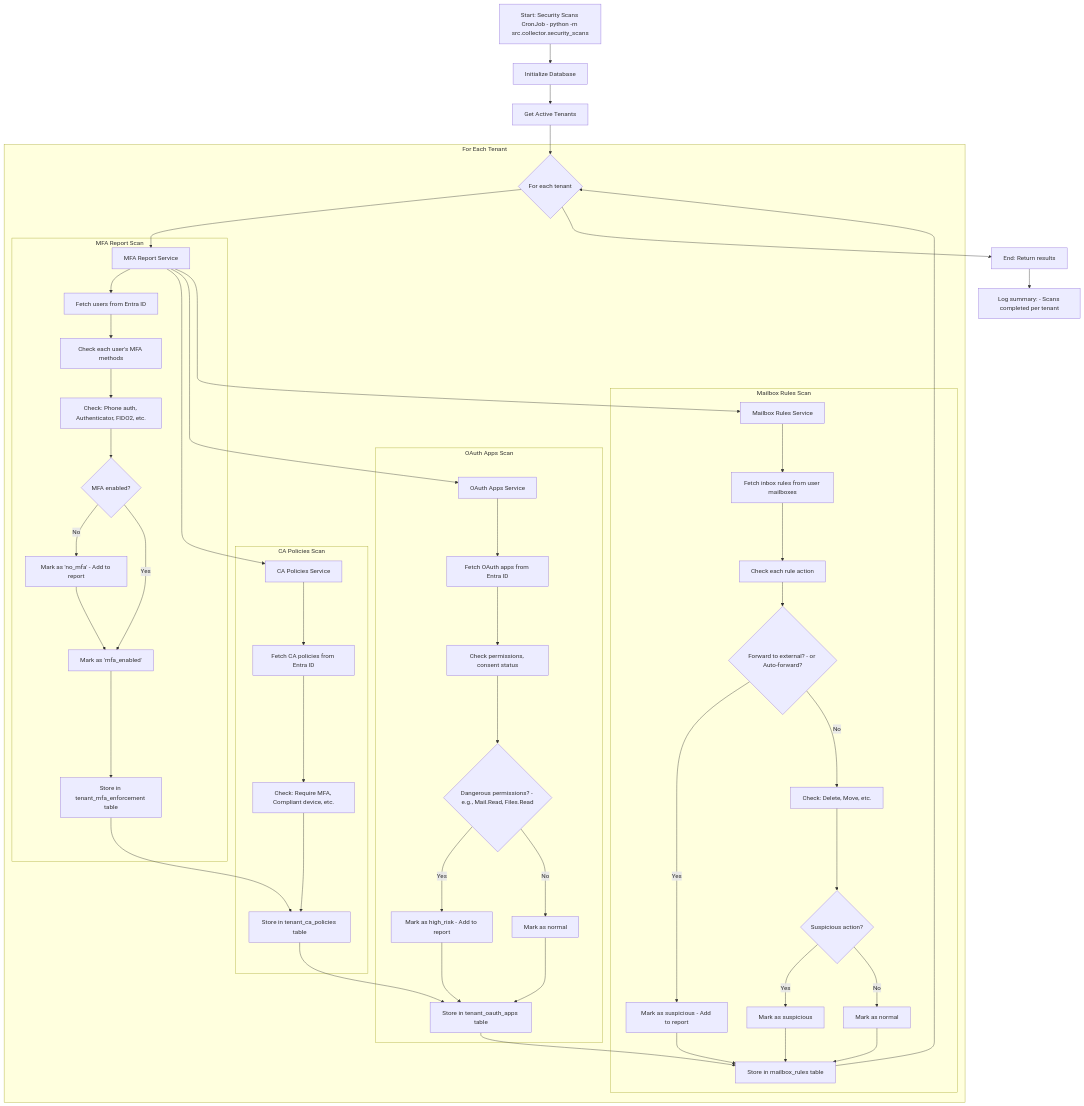
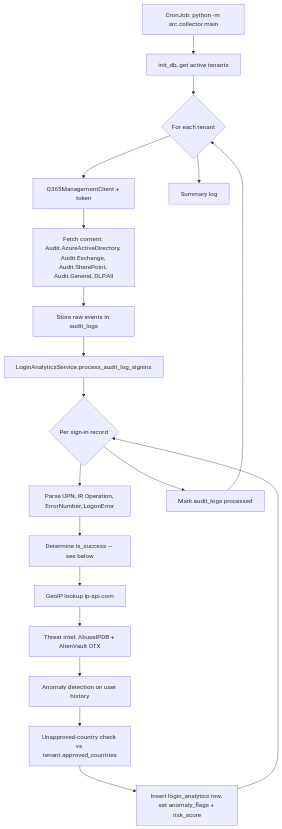
The first of 3 diagrams in docs/cronjob-processing-flows.md (michaeldigiacomi/specterdefence), drawn with Mermaid before and after one commit. The commit also changed other lines of this file and 20 other files, not shown here.

````diff
--- a/docs/cronjob-processing-flows.md
+++ b/docs/cronjob-processing-flows.md
@@ -160,65 +11,21 @@
 ```mermaid
 flowchart TD
-    A[Start: Security Scans CronJob - python -m src.collector.security_scans] --> B[Initialize Database]
-    B --> C[Get Active Tenants]
-    C --> D{For each tenant}
-
-    subgraph Tenant_Security_Scans["For Each Tenant"]
-        D --> E[MFA Report Service]
-
-        subgraph MFA_Scan["MFA Report Scan"]
-            E --> M1[Fetch users from Entra ID]
-            M1 --> M2[Check each user's MFA methods]
-            M2 --> M3[Check: Phone auth, Authenticator, FIDO2, etc.]
-            M3 --> M4{ MFA enabled?}
-            M4 -->|No| M5[Mark as 'no_mfa' - Add to report]
-            M4 -->|Yes| M6[Mark as 'mfa_enabled']
-            M5 --> M6
-            M6 --> M7[Store in tenant_mfa_enforcement table]
-        end
-
-        E --> F[CA Policies Service]
-
-        subgraph CA_Scan["CA Policies Scan"]
-            F --> C1[Fetch CA policies from Entra ID]
-            C1 --> C2[Check: Require MFA, Compliant device, etc.]
-            C2 --> C3[Store in tenant_ca_policies table]
-        end
-
-        E --> G[OAuth Apps Service]
-
-        subgraph OAuth_Scan["OAuth Apps Scan"]
-            G --> O1[Fetch OAuth apps from Entra ID]
-            O1 --> O2[Check permissions, consent status]
-            O2 --> O3{Dangerous permissions? - e.g., Mail.Read, Files.Read}
-            O3 -->|Yes| O4[Mark as high_risk - Add to report]
-            O3 -->|No| O5[Mark as normal]
-            O4 --> O6[Store in tenant_oauth_apps table]
-            O5 --> O6
-        end
-
-        E --> H[Mailbox Rules Service]
-
-        subgraph Mailbox_Scan["Mailbox Rules Scan"]
-            H --> R1[Fetch inbox rules from user mailboxes]
-            R1 --> R2[Check each rule action]
-            R2 --> R3{Forward to external? - or Auto-forward?}
-            R3 -->|Yes| R4[Mark as suspicious - Add to report]
-            R3 -->|No| R5[Check: Delete, Move, etc.]
-            R5 --> R6{Suspicious action?}
-            R6 -->|Yes| R7[Mark as suspicious]
-            R6 -->|No| R8[Mark as normal]
-            R4 --> R9[Store in mailbox_rules table]
-            R7 --> R9
-            R8 --> R9
-        end
-    end
-
-    M7 --> C3
-    C3 --> O6
-    O6 --> R9
-    R9 --> D
-
-    D --> I[End: Return results]
-    I --> J[Log summary: - Scans completed per tenant]
+    A[CronJob: python -m src.collector.main] --> B[init_db, get active tenants]
+    B --> C{For each tenant}
+    C --> D[O365ManagementClient + token]
+    D --> E[Fetch content: Audit.AzureActiveDirectory, Audit.Exchange, Audit.SharePoint, Audit.General, DLP.All]
+    E --> F[Store raw events in audit_logs]
+    F --> G[LoginAnalyticsService.process_audit_log_signins]
+    G --> H{Per sign-in record}
+    H --> I[Parse UPN, IP, Operation, ErrorNumber, LogonError]
+    I --> J[Determine is_success — see below]
+    J --> K[GeoIP lookup ip-api.com]
+    K --> L[Threat intel: AbuseIPDB + AlienVault OTX]
+    L --> M[Anomaly detection on user history]
+    M --> N[Unapproved-country check vs tenant.approved_countries]
+    N --> O[Insert login_analytics row, set anomaly_flags + risk_score]
+    O --> H
+    H --> P[Mark audit_logs processed]
+    P --> C
+    C --> Q[Summary log]
 ```
````
